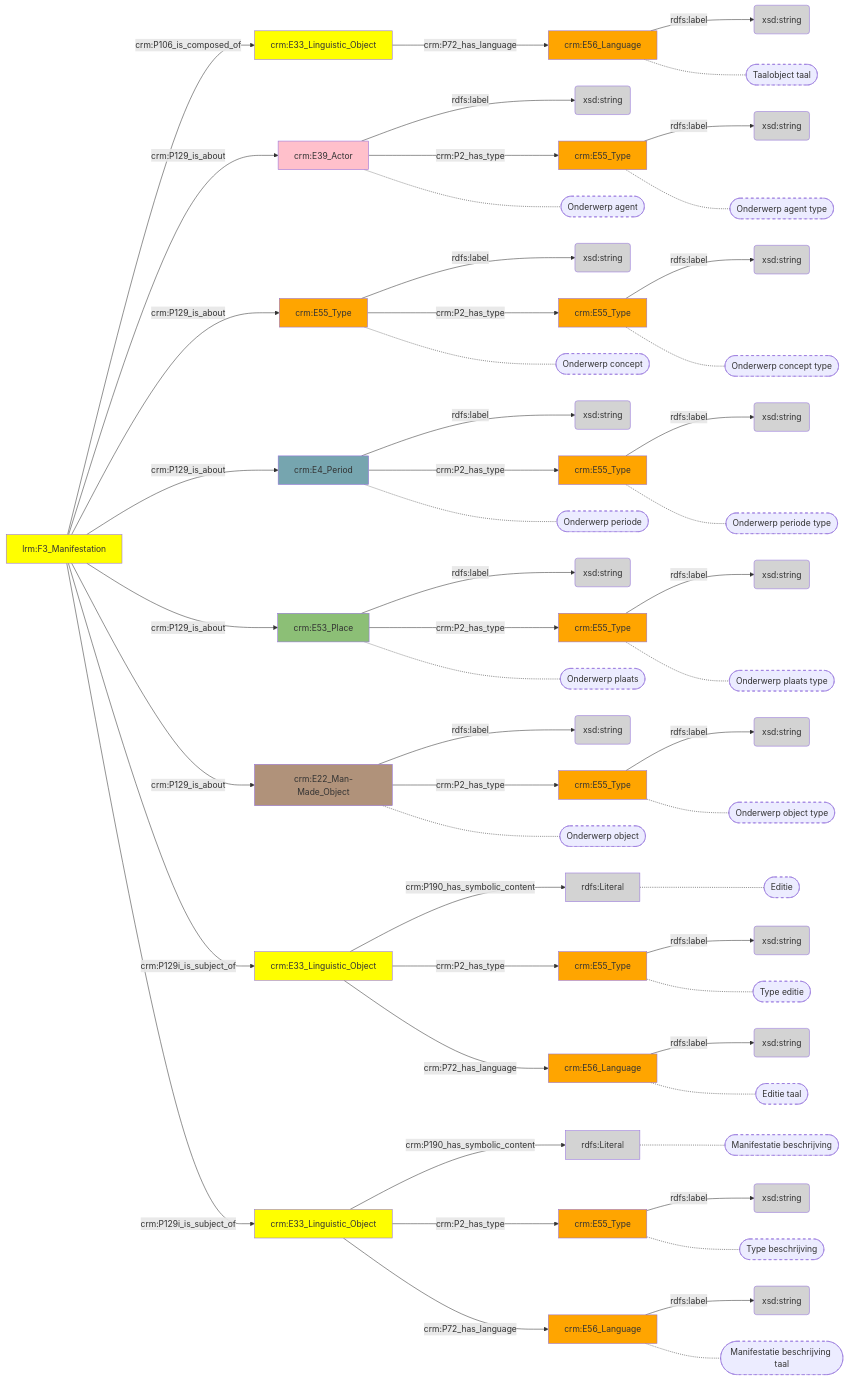
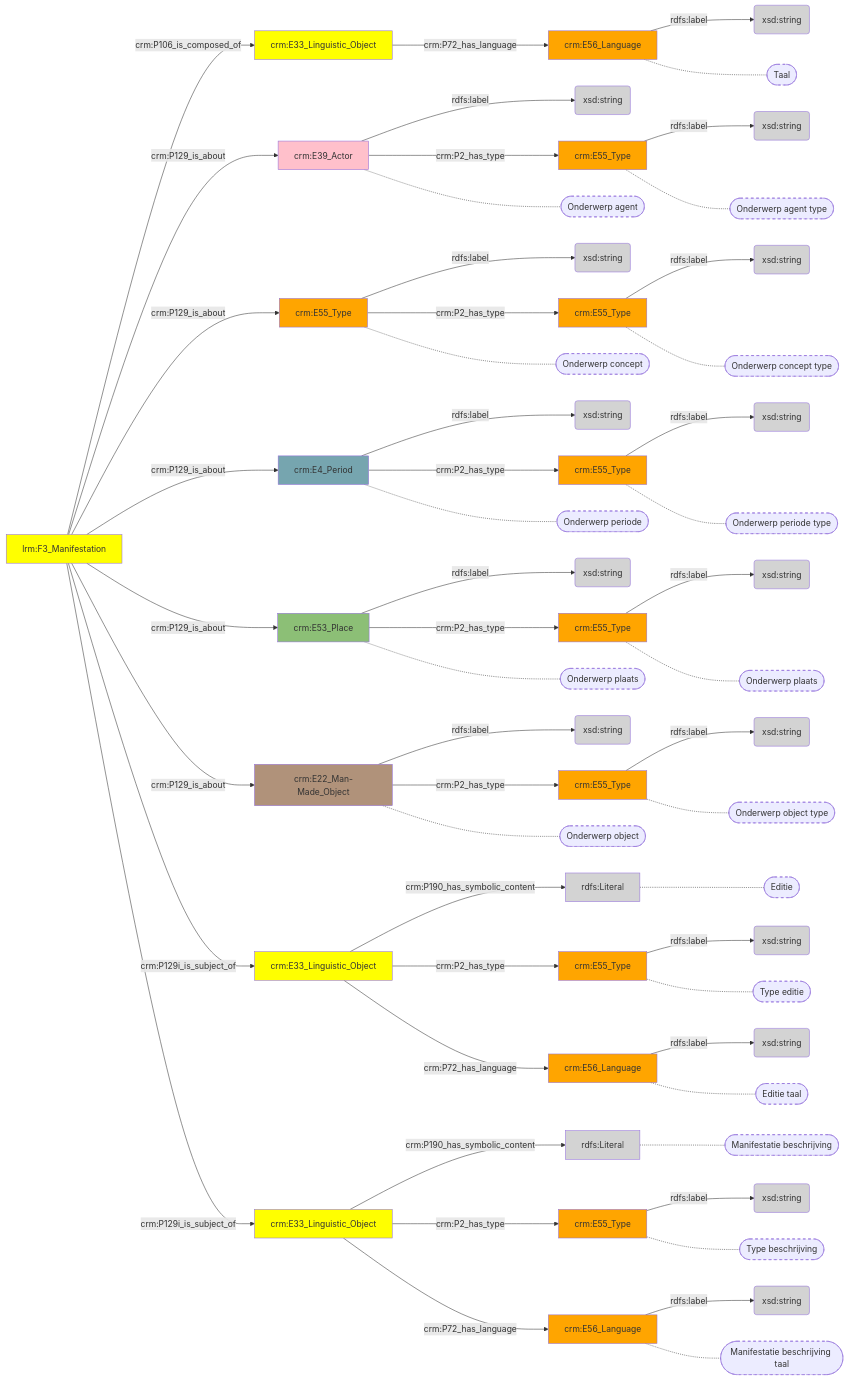
Before and after one commit to digipolisantwerpdocumentation/antwerp-cultureel-erfgoed: the diagram in docs/content/modellen/BibliographicalManifestation/Inhoud.md, drawn with Mermaid. The commit also changed 32 other files, not shown here.

````diff
--- a/docs/content/modellen/BibliographicalManifestation/Inhoud.md
+++ b/docs/content/modellen/BibliographicalManifestation/Inhoud.md
@@ -17,59 +17,6 @@
 a93af378-934a-11ee-a78f-960002548b4f["crm:E55_Type"]-->|"rdfs:label"|a93af6be-934a-11ee-97cd-960002548b4f(xsd:string)
 c8e6299f-934a-11ee-ba61-960002548b4f["crm:E55_Type"]-->|"rdfs:label"|c8e62cfe-934a-11ee-bd35-960002548b4f(xsd:string)
 e4f6427b-934a-11ee-a55c-960002548b4f["crm:E55_Type"]-->|"rdfs:label"|e4f645cb-934a-11ee-b60e-960002548b4f(xsd:string)
-style 17e10752-8e93-11ee-8f9d-96a6d245525a_s stroke-dasharray: 5
-style 17e10388-8e93-11ee-8f9d-96a6d245525a_s stroke-dasharray: 5
-style 17e102c0-8e93-11ee-8f9d-96a6d245525a_s stroke-dasharray: 5
-style 17e10324-8e93-11ee-8f9d-96a6d245525a_s stroke-dasharray: 5
-style 18620f96-934b-11ee-b409-960002548b4f_s stroke-dasharray: 5
-style a93af378-934a-11ee-a78f-960002548b4f_s stroke-dasharray: 5
-style e4f6427b-934a-11ee-a55c-960002548b4f_s stroke-dasharray: 5
-style c8e6299f-934a-11ee-ba61-960002548b4f_s stroke-dasharray: 5
-style 17e117f6-8e93-11ee-8f9d-96a6d245525a_s stroke-dasharray: 5
-style 17e11878-8e93-11ee-8f9d-96a6d245525a_s stroke-dasharray: 5
-style 17e11904-8e93-11ee-8f9d-96a6d245525a_s stroke-dasharray: 5
-style 17e0dfca-8e93-11ee-8f9d-96a6d245525a_s stroke-dasharray: 5
-style 17e0e34e-8e93-11ee-8f9d-96a6d245525a_s stroke-dasharray: 5
-style 17e0e894-8e93-11ee-8f9d-96a6d245525a_s stroke-dasharray: 5
-style 17e0ea4c-8e93-11ee-8f9d-96a6d245525a_s stroke-dasharray: 5
-style 7f378e46-934b-11ee-8649-960002548b4f_s stroke-dasharray: 5
-style 5ccfc3f7-934c-11ee-8da1-960002548b4f_s stroke-dasharray: 5
-style 17e11652-8e93-11ee-8f9d-96a6d245525a fill:#D3D3D3
-style c8e62cfe-934a-11ee-bd35-960002548b4f fill:#D3D3D3
-style 7f378e46-934b-11ee-8649-960002548b4f fill:#B0927A
-style 17e11878-8e93-11ee-8f9d-96a6d245525a fill:#ffa500
-style 17e0cbc0-8e93-11ee-8f9d-96a6d245525a fill:#ffff00
-style 17e0ea4c-8e93-11ee-8f9d-96a6d245525a fill:#8CBF76
-style 17e0e894-8e93-11ee-8f9d-96a6d245525a fill:#76A5AF
-style 17e1194a-8e93-11ee-8f9d-96a6d245525a fill:#D3D3D3
-style 17e115c6-8e93-11ee-8f9d-96a6d245525a fill:#D3D3D3
-style 17e103ce-8e93-11ee-8f9d-96a6d245525a fill:#D3D3D3
-style 17e117f6-8e93-11ee-8f9d-96a6d245525a fill:#D3D3D3
-style 8239f35e-934c-11ee-9e1e-960002548b4f fill:#D3D3D3
-style 17e0edc6-8e93-11ee-8f9d-96a6d245525a fill:#ffff00
-style e4f645cb-934a-11ee-b60e-960002548b4f fill:#D3D3D3
-style a93af6be-934a-11ee-97cd-960002548b4f fill:#D3D3D3
-style a93af378-934a-11ee-a78f-960002548b4f fill:#ffa500
-style 17e0e34e-8e93-11ee-8f9d-96a6d245525a fill:#ffa500
-style 17e1183c-8e93-11ee-8f9d-96a6d245525a fill:#D3D3D3
-style 17e0c936-8e93-11ee-8f9d-96a6d245525a fill:#ffff00
-style 17e10414-8e93-11ee-8f9d-96a6d245525a fill:#D3D3D3
-style c8e6299f-934a-11ee-ba61-960002548b4f fill:#ffa500
-style 5ccfc3f7-934c-11ee-8da1-960002548b4f fill:#ffa500
-style 17e102c0-8e93-11ee-8f9d-96a6d245525a fill:#ffa500
-style 17e0f10e-8e93-11ee-8f9d-96a6d245525a fill:#D3D3D3
-style 17e11904-8e93-11ee-8f9d-96a6d245525a fill:#ffa500
-style 17e10752-8e93-11ee-8f9d-96a6d245525a fill:#ffa500
-style 17e0efec-8e93-11ee-8f9d-96a6d245525a fill:#ffff00
-style 17e0dfca-8e93-11ee-8f9d-96a6d245525a fill:#ffc0cb
-style 18620f96-934b-11ee-b409-960002548b4f fill:#ffa500
-style 17e11530-8e93-11ee-8f9d-96a6d245525a fill:#D3D3D3
-style 17e10388-8e93-11ee-8f9d-96a6d245525a fill:#D3D3D3
-style 186212b9-934b-11ee-afd4-960002548b4f fill:#D3D3D3
-style 1ddfcd21-934c-11ee-bd20-960002548b4f fill:#D3D3D3
-style 17e10324-8e93-11ee-8f9d-96a6d245525a fill:#ffa500
-style 17e118be-8e93-11ee-8f9d-96a6d245525a fill:#D3D3D3
-style e4f6427b-934a-11ee-a55c-960002548b4f fill:#ffa500
 17e0c936-8e93-11ee-8f9d-96a6d245525a["crm:E33_Linguistic_Object"]-->|"crm:P72_has_language"|17e10752-8e93-11ee-8f9d-96a6d245525a["crm:E56_Language"]
 17e0cbc0-8e93-11ee-8f9d-96a6d245525a["crm:E33_Linguistic_Object"]-->|"crm:P2_has_type"|17e102c0-8e93-11ee-8f9d-96a6d245525a["crm:E55_Type"]
 17e0cbc0-8e93-11ee-8f9d-96a6d245525a["crm:E33_Linguistic_Object"]-->|"crm:P72_has_language"|17e10324-8e93-11ee-8f9d-96a6d245525a["crm:E56_Language"]
@@ -88,14 +35,14 @@
 17e0efec-8e93-11ee-8f9d-96a6d245525a["lrm:F3_Manifestation"]-->|"crm:P129i_is_subject_of"|17e0cbc0-8e93-11ee-8f9d-96a6d245525a["crm:E33_Linguistic_Object"]
 17e0efec-8e93-11ee-8f9d-96a6d245525a["lrm:F3_Manifestation"]-->|"crm:P129i_is_subject_of"|17e0edc6-8e93-11ee-8f9d-96a6d245525a["crm:E33_Linguistic_Object"]
 7f378e46-934b-11ee-8649-960002548b4f["crm:E22_Man-Made_Object"]-->|"crm:P2_has_type"|5ccfc3f7-934c-11ee-8da1-960002548b4f["crm:E55_Type"]
-17e10752-8e93-11ee-8f9d-96a6d245525a["crm:E56_Language"]-.-17e10752-8e93-11ee-8f9d-96a6d245525a_s(["Taalobject taal"])
+17e10752-8e93-11ee-8f9d-96a6d245525a["crm:E56_Language"]-.-17e10752-8e93-11ee-8f9d-96a6d245525a_s(["Taal"])
 17e10388-8e93-11ee-8f9d-96a6d245525a["rdfs:Literal"]-.-17e10388-8e93-11ee-8f9d-96a6d245525a_s(["Editie"])
 17e102c0-8e93-11ee-8f9d-96a6d245525a["crm:E55_Type"]-.-17e102c0-8e93-11ee-8f9d-96a6d245525a_s(["Type "editie""])
 17e10324-8e93-11ee-8f9d-96a6d245525a["crm:E56_Language"]-.-17e10324-8e93-11ee-8f9d-96a6d245525a_s(["Editie taal"])
 18620f96-934b-11ee-b409-960002548b4f["crm:E55_Type"]-.-18620f96-934b-11ee-b409-960002548b4f_s(["Onderwerp agent type"])
 a93af378-934a-11ee-a78f-960002548b4f["crm:E55_Type"]-.-a93af378-934a-11ee-a78f-960002548b4f_s(["Onderwerp concept type"])
 e4f6427b-934a-11ee-a55c-960002548b4f["crm:E55_Type"]-.-e4f6427b-934a-11ee-a55c-960002548b4f_s(["Onderwerp periode type"])
-c8e6299f-934a-11ee-ba61-960002548b4f["crm:E55_Type"]-.-c8e6299f-934a-11ee-ba61-960002548b4f_s(["Onderwerp plaats type"])
+c8e6299f-934a-11ee-ba61-960002548b4f["crm:E55_Type"]-.-c8e6299f-934a-11ee-ba61-960002548b4f_s(["Onderwerp plaats"])
 17e117f6-8e93-11ee-8f9d-96a6d245525a["rdfs:Literal"]-.-17e117f6-8e93-11ee-8f9d-96a6d245525a_s(["Manifestatie beschrijving"])
 17e11878-8e93-11ee-8f9d-96a6d245525a["crm:E55_Type"]-.-17e11878-8e93-11ee-8f9d-96a6d245525a_s(["Type "beschrijving""])
 17e11904-8e93-11ee-8f9d-96a6d245525a["crm:E56_Language"]-.-17e11904-8e93-11ee-8f9d-96a6d245525a_s(["Manifestatie beschrijving taal"])
@@ -105,4 +52,57 @@
 17e0ea4c-8e93-11ee-8f9d-96a6d245525a["crm:E53_Place"]-.-17e0ea4c-8e93-11ee-8f9d-96a6d245525a_s(["Onderwerp plaats"])
 7f378e46-934b-11ee-8649-960002548b4f["crm:E22_Man-Made_Object"]-.-7f378e46-934b-11ee-8649-960002548b4f_s(["Onderwerp object"])
 5ccfc3f7-934c-11ee-8da1-960002548b4f["crm:E55_Type"]-.-5ccfc3f7-934c-11ee-8da1-960002548b4f_s(["Onderwerp object type"])
+style 17e10752-8e93-11ee-8f9d-96a6d245525a_s stroke-dasharray: 5
+style 17e10388-8e93-11ee-8f9d-96a6d245525a_s stroke-dasharray: 5
+style 17e102c0-8e93-11ee-8f9d-96a6d245525a_s stroke-dasharray: 5
+style 17e10324-8e93-11ee-8f9d-96a6d245525a_s stroke-dasharray: 5
+style 18620f96-934b-11ee-b409-960002548b4f_s stroke-dasharray: 5
+style a93af378-934a-11ee-a78f-960002548b4f_s stroke-dasharray: 5
+style e4f6427b-934a-11ee-a55c-960002548b4f_s stroke-dasharray: 5
+style c8e6299f-934a-11ee-ba61-960002548b4f_s stroke-dasharray: 5
+style 17e117f6-8e93-11ee-8f9d-96a6d245525a_s stroke-dasharray: 5
+style 17e11878-8e93-11ee-8f9d-96a6d245525a_s stroke-dasharray: 5
+style 17e11904-8e93-11ee-8f9d-96a6d245525a_s stroke-dasharray: 5
+style 17e0dfca-8e93-11ee-8f9d-96a6d245525a_s stroke-dasharray: 5
+style 17e0e34e-8e93-11ee-8f9d-96a6d245525a_s stroke-dasharray: 5
+style 17e0e894-8e93-11ee-8f9d-96a6d245525a_s stroke-dasharray: 5
+style 17e0ea4c-8e93-11ee-8f9d-96a6d245525a_s stroke-dasharray: 5
+style 7f378e46-934b-11ee-8649-960002548b4f_s stroke-dasharray: 5
+style 5ccfc3f7-934c-11ee-8da1-960002548b4f_s stroke-dasharray: 5
+style 17e0c936-8e93-11ee-8f9d-96a6d245525a fill:#ffff00
+style 17e0cbc0-8e93-11ee-8f9d-96a6d245525a fill:#ffff00
+style 17e0dfca-8e93-11ee-8f9d-96a6d245525a fill:#ffc0cb
+style 17e0e34e-8e93-11ee-8f9d-96a6d245525a fill:#ffa500
+style 17e0e894-8e93-11ee-8f9d-96a6d245525a fill:#76A5AF
+style 17e0ea4c-8e93-11ee-8f9d-96a6d245525a fill:#8CBF76
+style 17e0edc6-8e93-11ee-8f9d-96a6d245525a fill:#ffff00
+style 17e0efec-8e93-11ee-8f9d-96a6d245525a fill:#ffff00
+style 17e0f10e-8e93-11ee-8f9d-96a6d245525a fill:#D3D3D3
+style 17e102c0-8e93-11ee-8f9d-96a6d245525a fill:#ffa500
+style 17e10324-8e93-11ee-8f9d-96a6d245525a fill:#ffa500
+style 17e10388-8e93-11ee-8f9d-96a6d245525a fill:#D3D3D3
+style 17e103ce-8e93-11ee-8f9d-96a6d245525a fill:#D3D3D3
+style 17e10414-8e93-11ee-8f9d-96a6d245525a fill:#D3D3D3
+style 17e10752-8e93-11ee-8f9d-96a6d245525a fill:#ffa500
+style 17e11530-8e93-11ee-8f9d-96a6d245525a fill:#D3D3D3
+style 17e115c6-8e93-11ee-8f9d-96a6d245525a fill:#D3D3D3
+style 17e11652-8e93-11ee-8f9d-96a6d245525a fill:#D3D3D3
+style 17e117f6-8e93-11ee-8f9d-96a6d245525a fill:#D3D3D3
+style 17e1183c-8e93-11ee-8f9d-96a6d245525a fill:#D3D3D3
+style 17e11878-8e93-11ee-8f9d-96a6d245525a fill:#ffa500
+style 17e118be-8e93-11ee-8f9d-96a6d245525a fill:#D3D3D3
+style 17e11904-8e93-11ee-8f9d-96a6d245525a fill:#ffa500
+style 17e1194a-8e93-11ee-8f9d-96a6d245525a fill:#D3D3D3
+style 18620f96-934b-11ee-b409-960002548b4f fill:#ffa500
+style 186212b9-934b-11ee-afd4-960002548b4f fill:#D3D3D3
+style 1ddfcd21-934c-11ee-bd20-960002548b4f fill:#D3D3D3
+style 5ccfc3f7-934c-11ee-8da1-960002548b4f fill:#ffa500
+style 7f378e46-934b-11ee-8649-960002548b4f fill:#B0927A
+style 8239f35e-934c-11ee-9e1e-960002548b4f fill:#D3D3D3
+style a93af378-934a-11ee-a78f-960002548b4f fill:#ffa500
+style a93af6be-934a-11ee-97cd-960002548b4f fill:#D3D3D3
+style c8e6299f-934a-11ee-ba61-960002548b4f fill:#ffa500
+style c8e62cfe-934a-11ee-bd35-960002548b4f fill:#D3D3D3
+style e4f6427b-934a-11ee-a55c-960002548b4f fill:#ffa500
+style e4f645cb-934a-11ee-b60e-960002548b4f fill:#D3D3D3
 ```
````
